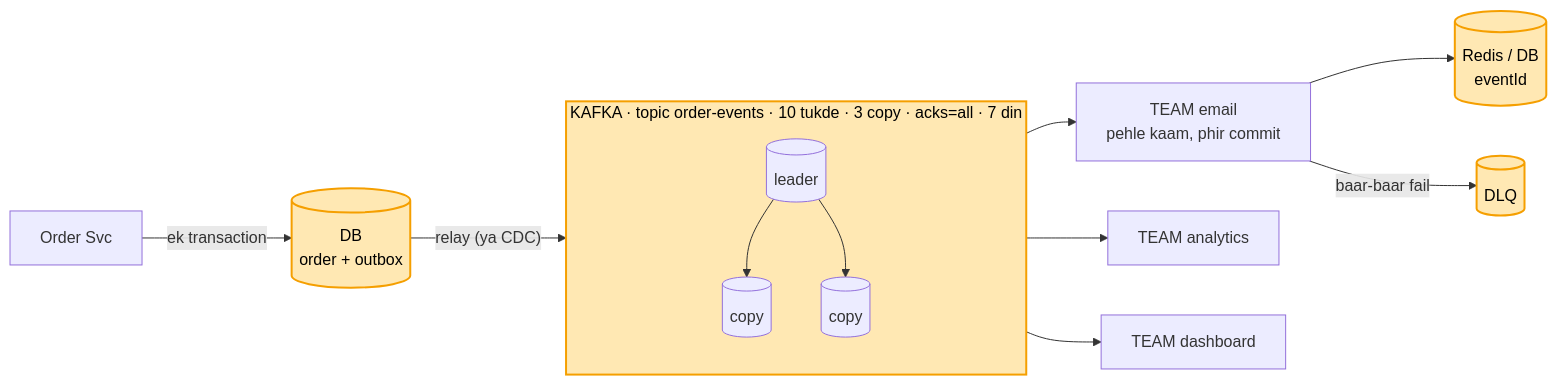
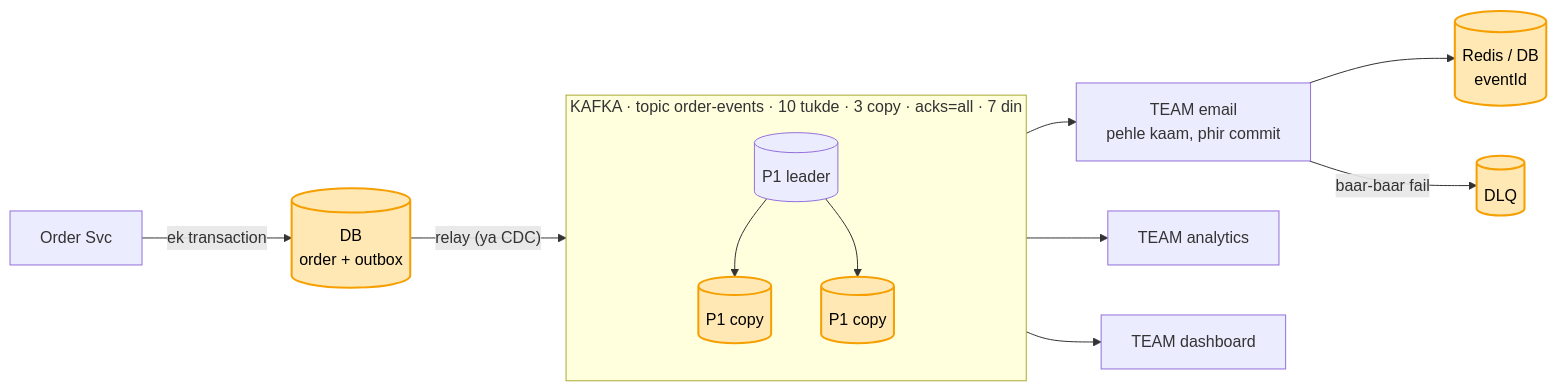
One commit to ArpanMaheshwari144/Prep changed the fourth of 4 diagrams in 04_HLD/SYSTEM_DESIGNS/12_message_queue_kafka/kafka_seedha.md. Above: the diagram before and after it, drawn with Mermaid. The commit also changed other lines of this file, not shown here.

Commit message:
kafka: dabbe chhote se badhte (4 kadam diagram)

````diff
--- a/04_HLD/SYSTEM_DESIGNS/12_message_queue_kafka/kafka_seedha.md
+++ b/04_HLD/SYSTEM_DESIGNS/12_message_queue_kafka/kafka_seedha.md
@@ -86,21 +119,22 @@
 ```mermaid
 flowchart LR
     O["Order Svc"] -- "ek transaction" --> DB[("DB<br/>order + outbox")]
     DB -- "relay (ya CDC)" --> K
     subgraph K["KAFKA · topic order-events · 10 tukde · 3 copy · acks=all · 7 din"]
-        L[("leader")]
-        C1[("copy")]
-        C2[("copy")]
+        L[("P1 leader")]
+        C1[("P1 copy")]
+        C2[("P1 copy")]
     end
     L --> C1
     L --> C2
     K --> E["TEAM email<br/>pehle kaam, phir commit"]
     E --> R[("Redis / DB<br/>eventId")]
     E -- "baar-baar fail" --> Q[("DLQ")]
     K --> A["TEAM analytics"]
     K --> D["TEAM dashboard"]
     style DB fill:#ffe8b3,stroke:#f59f00,stroke-width:2px,color:#000
-    style K fill:#ffe8b3,stroke:#f59f00,stroke-width:2px,color:#000
+    style C1 fill:#ffe8b3,stroke:#f59f00,stroke-width:2px,color:#000
+    style C2 fill:#ffe8b3,stroke:#f59f00,stroke-width:2px,color:#000
     style R fill:#ffe8b3,stroke:#f59f00,stroke-width:2px,color:#000
     style Q fill:#ffe8b3,stroke:#f59f00,stroke-width:2px,color:#000
 ```
````
